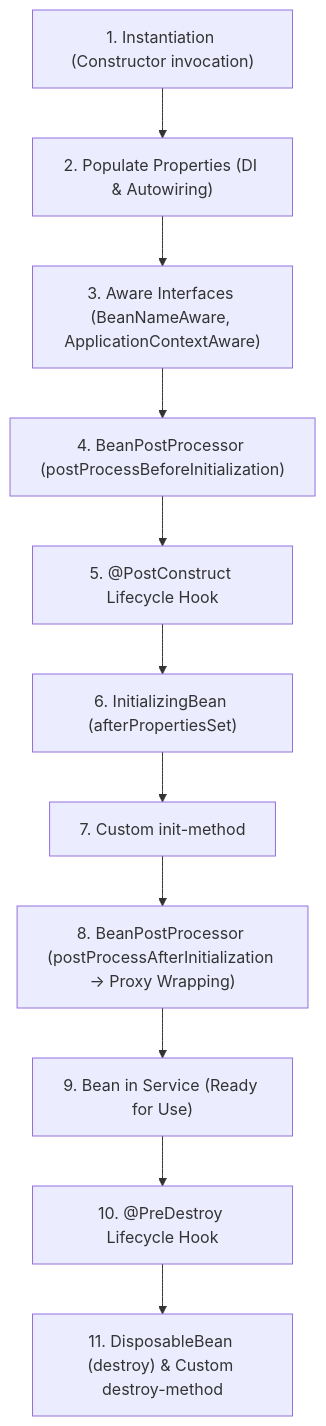
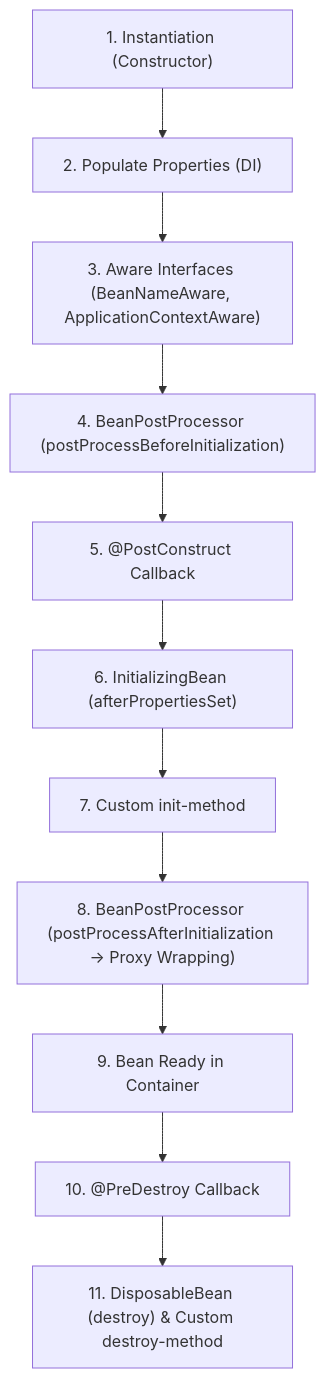
The diagram in 03-spring-framework/18-bean-lifecycle-and-postprocessor/README.md (sakousa856-sketch/java-spring-for-developers-khmer), drawn with Mermaid before and after one commit. The commit also changed other lines of this file and 290 other files, not shown here.

````diff
--- a/03-spring-framework/18-bean-lifecycle-and-postprocessor/README.md
+++ b/03-spring-framework/18-bean-lifecycle-and-postprocessor/README.md
@@ -25,13 +23,14 @@
 ```mermaid
 flowchart TD
-    S1["1. Instantiation (Constructor invocation)"] --> S2["2. Populate Properties (DI & Autowiring)"]
+    S1["1. Instantiation (Constructor)"] --> S2["2. Populate Properties (DI)"]
     S2 --> S3["3. Aware Interfaces (BeanNameAware, ApplicationContextAware)"]
     S3 --> S4["4. BeanPostProcessor (postProcessBeforeInitialization)"]
-    S4 --> S5["5. @PostConstruct Lifecycle Hook"]
+    S4 --> S5["5. @PostConstruct Callback"]
     S5 --> S6["6. InitializingBean (afterPropertiesSet)"]
     S6 --> S7["7. Custom init-method"]
     S7 --> S8["8. BeanPostProcessor (postProcessAfterInitialization -> Proxy Wrapping)"]
-    S8 --> S9["9. Bean in Service (Ready for Use)"]
-    S9 --> S10["10. @PreDestroy Lifecycle Hook"]
+    S8 --> S9["9. Bean Ready in Container"]
+    S9 --> S10["10. @PreDestroy Callback"]
     S10 --> S11["11. DisposableBean (destroy) & Custom destroy-method"]
+
 ```
````
